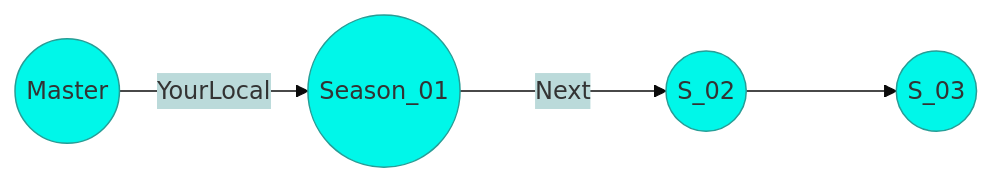
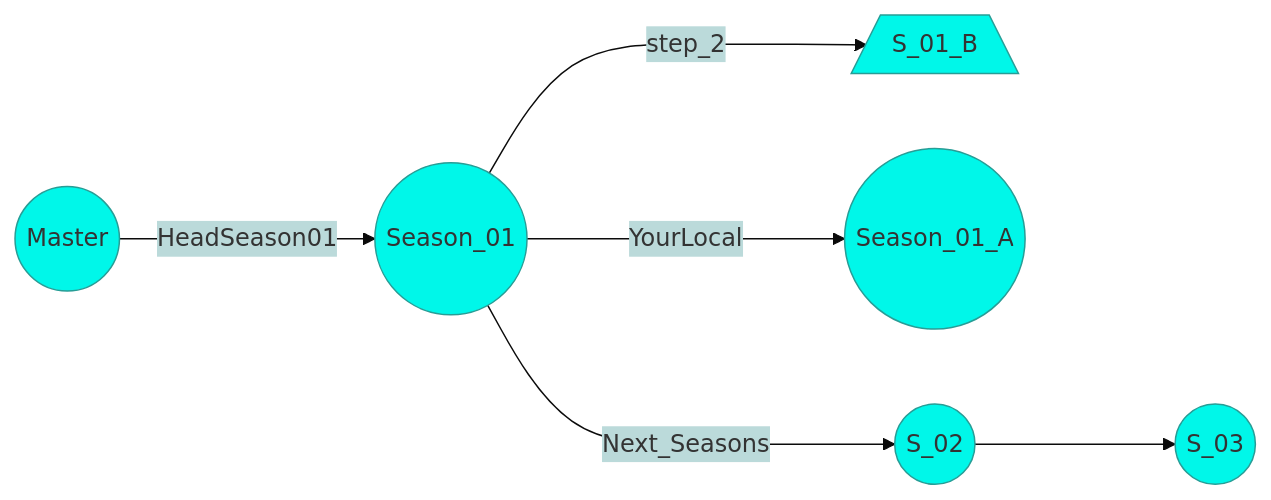
One commit to TeoNogueira/TypeScript-2022 changed the second of 2 diagrams in readme.md. Above: the diagram before and after it, drawn with Mermaid.

Commit message:
Season_01_b
Season_01_b

````diff
--- a/readme.md
+++ b/readme.md
@@ -55,10 +55,12 @@
 ```mermaid
 
 %%{init: {'theme': 'base', 'themeVariables': { 'primaryColor': '#00f7e9', 'edgeLabelBackground':'#bbdada', 'tertiaryColor': '#dcaab9'}}}%%
 
 graph LR
 
-A((Master)) -->|YourLocal| 1((Season_01)) --->|Next| 2((S_02))---> 3((S_03))
+A((Master)) -->|HeadSeason01| 1((S01)) --->|Next_Seasons| 4((S_02))---> 5((S_03))
+ 1((Season_01)) ---> |YourLocal| 3((Season_01_A))
+   1((Season_01)) ---> |step_2| 2[/S_01_B\]
 
 
 ```
````
